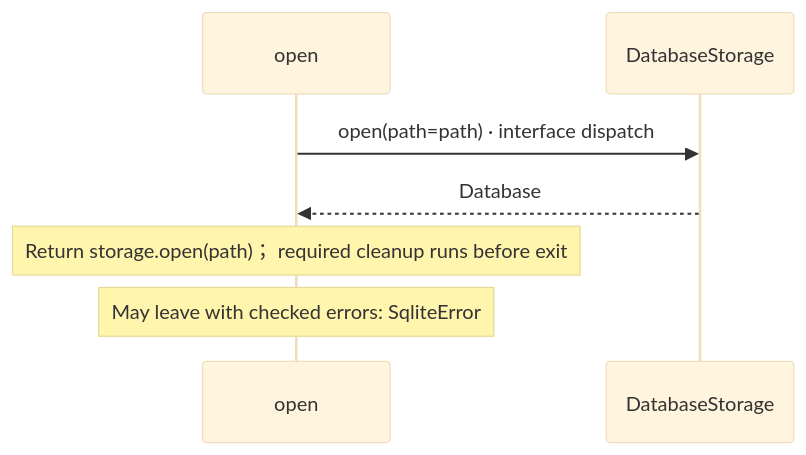
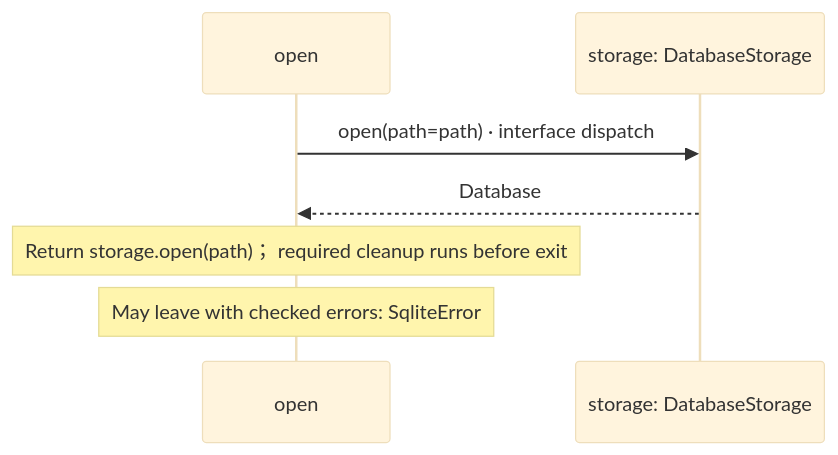
Before and after one commit to GreenPandaStudios/augscript: the fourth of 7 diagrams in docs/examples/native-sqlite/dependencies/packages/@greenpandastudios/aug-sqlite/0.1.5/api-diagrams.md, drawn with Mermaid (base theme). The commit also changed 102 other files, not shown here.

Commit message:
Keep named service receivers distinct in sequence data flow

````diff
--- a/docs/examples/native-sqlite/dependencies/packages/@greenpandastudios/aug-sqlite/0.1.5/api-diagrams.md
+++ b/docs/examples/native-sqlite/dependencies/packages/@greenpandastudios/aug-sqlite/0.1.5/api-diagrams.md
@@ -115,9 +115,9 @@
 ```mermaid
 sequenceDiagram
     participant p0 as open
-    participant p1 as DatabaseStorage
+    participant p1 as storage: DatabaseStorage
     p0->>p1: open(path=path) · interface dispatch
     p1-->>p0: Database
     Note over p0: Return storage.open(path)； required cleanup runs before exit
     Note over p0: May leave with checked errors: SqliteError
 ```
````
